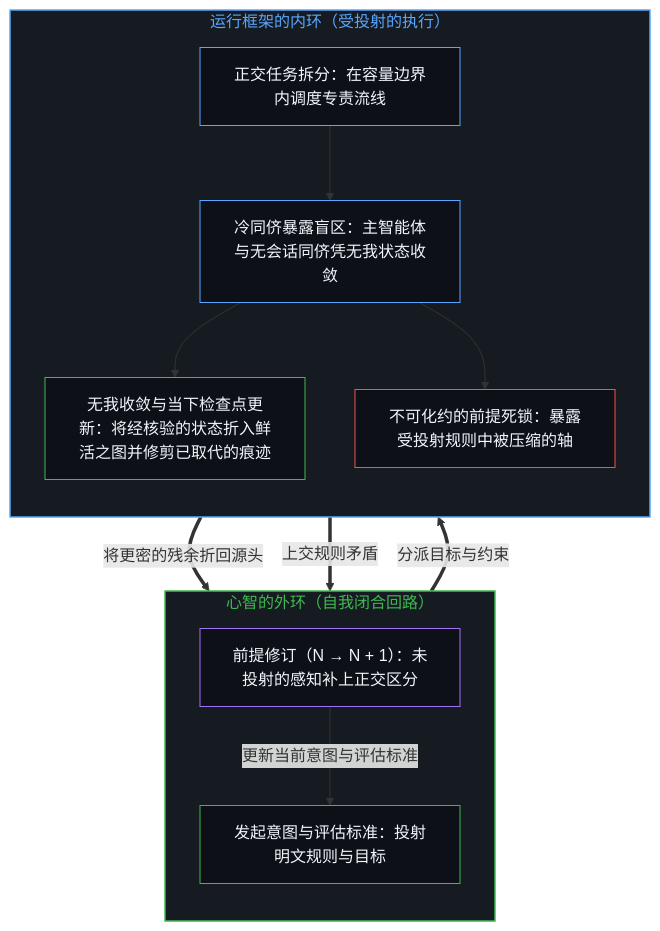
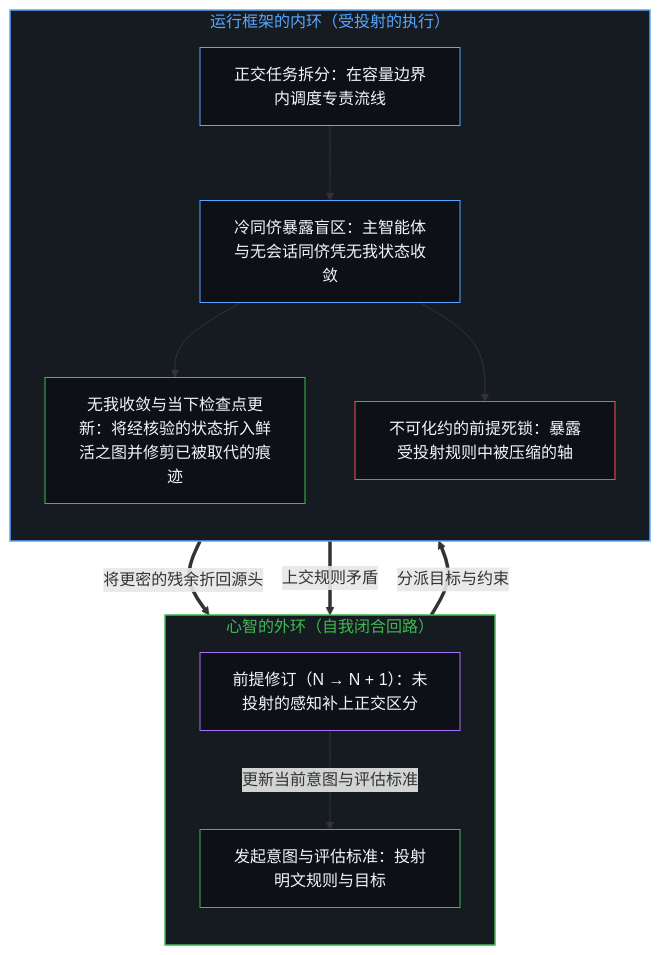
Before and after one commit to powerpig99/not-a-toe: the first of 2 diagrams in content/posts/intelligence-folding-back-on-itself.md, drawn with Mermaid. The commit also changed other lines of this file and 18 other files, not shown here.

````diff
--- a/content/posts/intelligence-folding-back-on-itself.md
+++ b/content/posts/intelligence-folding-back-on-itself.md
@@ -67,30 +67,30 @@
 ```mermaid
 flowchart TD
     subgraph S_Outer["心智的外环（自我闭合回路）"]
         direction TB
         O_Intent["发起意图与评估标准：投射明文规则与目标"]
         O_Revise["前提修订（N → N + 1）：未投射的感知补上正交区分"]
         O_Revise -->|"更新当前意图与评估标准"| O_Intent
     end
     subgraph S_Inner["运行框架的内环（受投射的执行）"]
         direction TB
         I_Split["正交任务拆分：在容量边界内调度专责流线"]
         I_Peer["冷同侪暴露盲区：主智能体与无会话同侪凭无我状态收敛"]
-        I_Converge["无我收敛与当下检查点更新：将经核验的状态折入鲜活之图并修剪已取代的痕迹"]
+        I_Converge["无我收敛与当下检查点更新：将经核验的状态折入鲜活之图并修剪已被取代的痕迹"]
         I_Deadlock["不可化约的前提死锁：暴露受投射规则中被压缩的轴"]
         I_Split --> I_Peer
         I_Peer --> I_Converge
         I_Peer --> I_Deadlock
     end
     O_Intent ==>|"分派目标与约束"| I_Split
     I_Converge ==>|"将更密的残余折回源头"| O_Intent
     I_Deadlock ==>|"上交规则矛盾"| O_Revise
     style S_Outer fill:#161b22,stroke:#3fb950,stroke-width:1.5px,color:#3fb950
     style S_Inner fill:#161b22,stroke:#58a6ff,stroke-width:1.5px,color:#58a6ff
     style O_Intent fill:#0d1117,stroke:#3fb950,stroke-width:1px,color:#f0f6fc
     style O_Revise fill:#0d1117,stroke:#a371f7,stroke-width:1px,color:#f0f6fc
     style I_Split fill:#0d1117,stroke:#58a6ff,stroke-width:1px,color:#f0f6fc
     style I_Peer fill:#0d1117,stroke:#58a6ff,stroke-width:1px,color:#f0f6fc
     style I_Converge fill:#0d1117,stroke:#3fb950,stroke-width:1px,color:#f0f6fc
     style I_Deadlock fill:#0d1117,stroke:#f85149,stroke-width:1px,color:#f0f6fc
 ```
````
